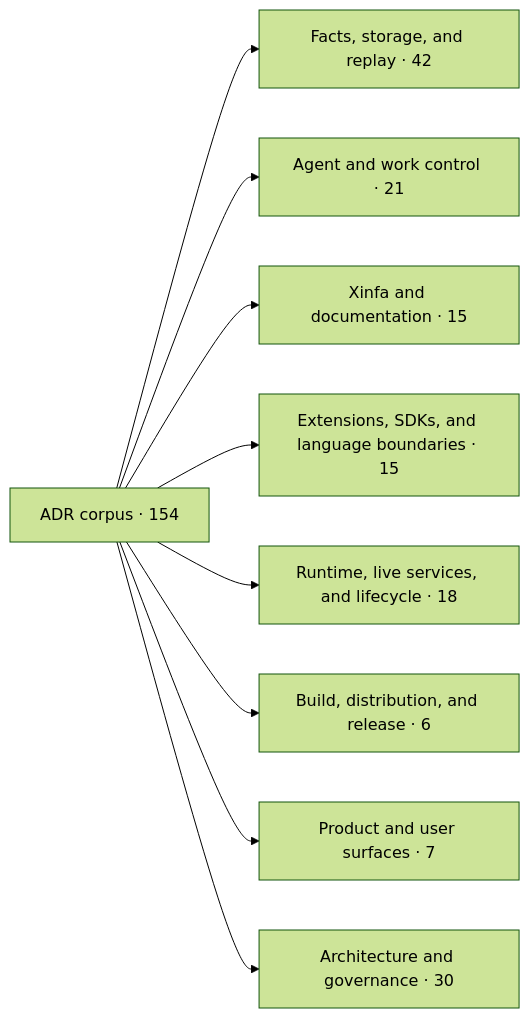
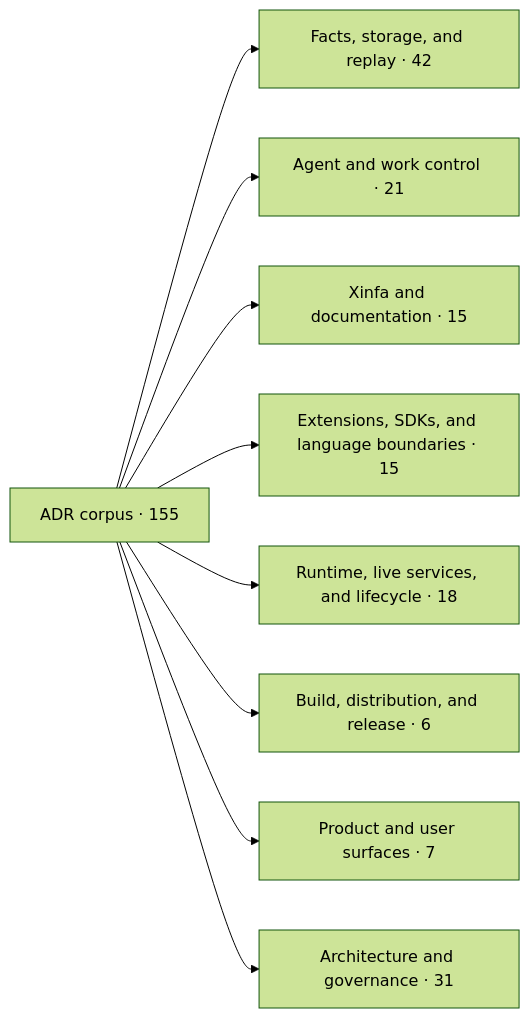
One commit to PterX/kungfu changed the first of 2 diagrams in docs/architecture/adr-map.md. Above: the diagram before and after it, drawn with Mermaid (forest theme). The commit also changed other lines of this file and 48 other files, not shown here.

````diff
--- a/docs/architecture/adr-map.md
+++ b/docs/architecture/adr-map.md
@@ -20,12 +20,12 @@
 ```mermaid
 flowchart LR
-  root["ADR corpus · 154"]
+  root["ADR corpus · 155"]
   root --> d0["Facts, storage, and replay · 42"]
   root --> d1["Agent and work control · 21"]
   root --> d2["Xinfa and documentation · 15"]
   root --> d3["Extensions, SDKs, and language boundaries · 15"]
   root --> d4["Runtime, live services, and lifecycle · 18"]
   root --> d5["Build, distribution, and release · 6"]
   root --> d6["Product and user surfaces · 7"]
-  root --> d7["Architecture and governance · 30"]
+  root --> d7["Architecture and governance · 31"]
 ```
````
